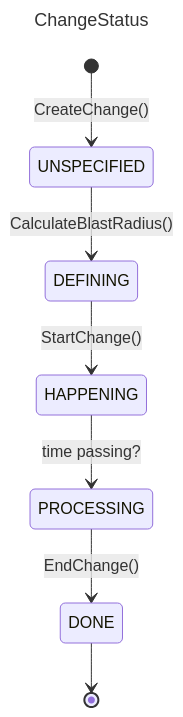
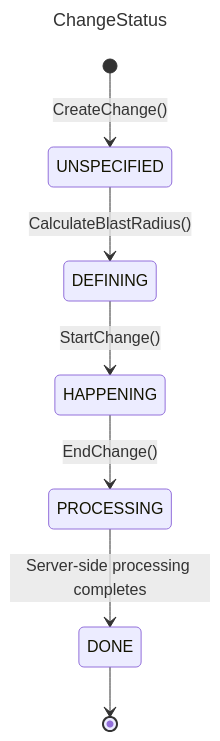
One commit to overmindtech/sdp changed the second of 2 diagrams in README.md. Above: the diagram before and after it, drawn with Mermaid.

Commit message:
Apply suggestions from code review

````diff
--- a/README.md
+++ b/README.md
@@ -201,12 +201,12 @@
 ```mermaid
 ---
 title: ChangeStatus
 ---
 stateDiagram-v2
     [*] --> UNSPECIFIED: CreateChange()
     UNSPECIFIED --> DEFINING: CalculateBlastRadius()
     DEFINING --> HAPPENING: StartChange()
-    HAPPENING --> PROCESSING: time passing?
-    PROCESSING --> DONE: EndChange()
+    HAPPENING --> PROCESSING: EndChange()
+    PROCESSING --> DONE: Server-side processing completes
     DONE --> [*]
 ```
````
